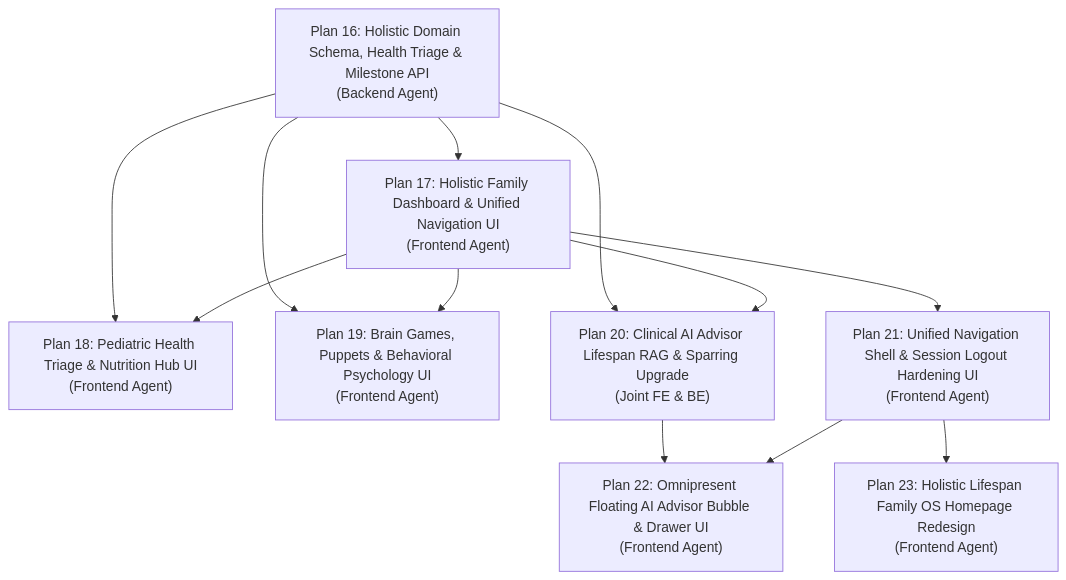
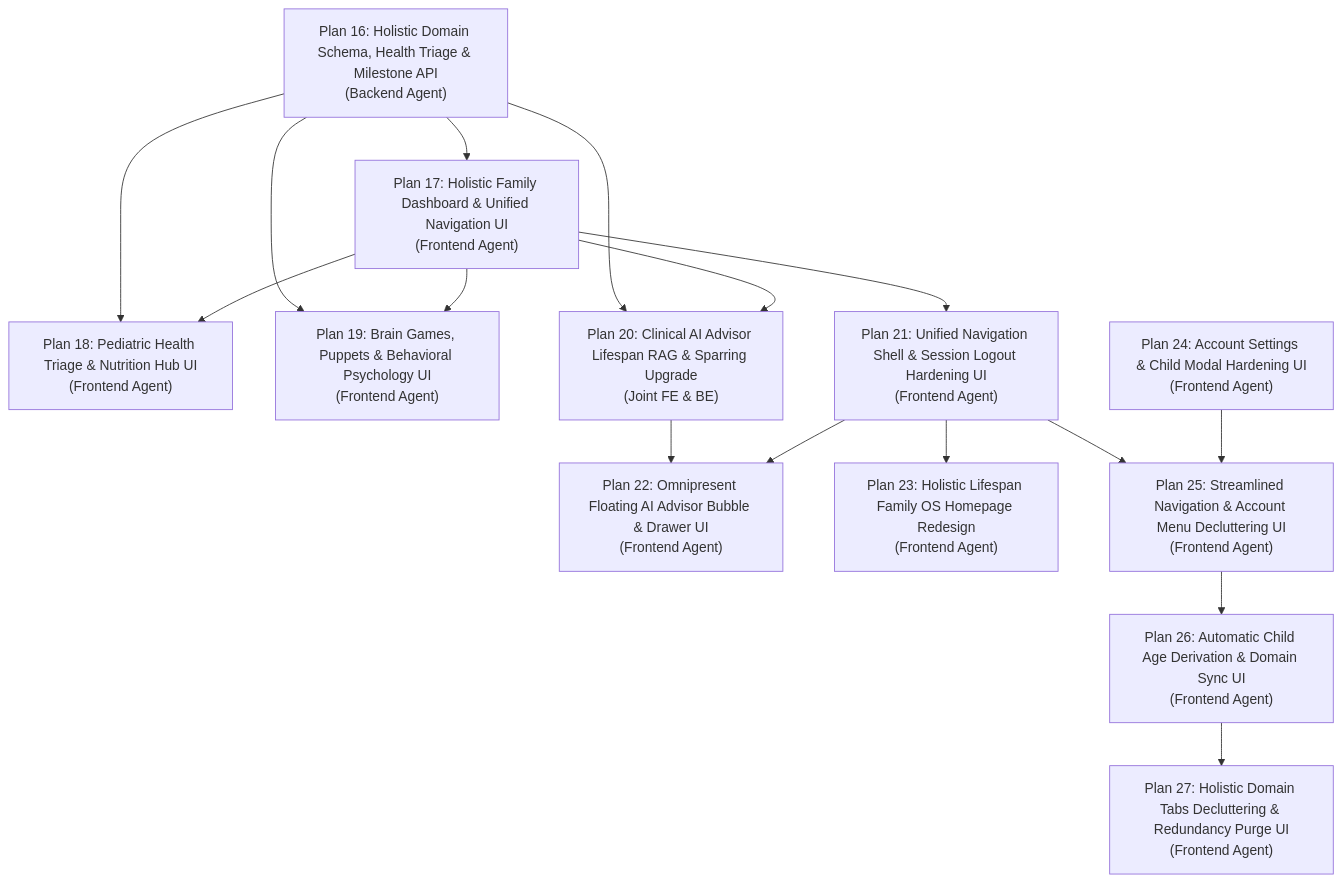
The second of 2 diagrams in docs/technical-roadmap-v2.4.0.md (Souheil007/AlongSide), drawn with Mermaid before and after one commit. The commit also changed other lines of this file and 5 other files, not shown here.

First line of the commit message:
Docs/sou 57 streamlined navigation and tab decluttering plans (#37)

````diff
--- a/docs/technical-roadmap-v2.4.0.md
+++ b/docs/technical-roadmap-v2.4.0.md
@@ -199,23 +199,31 @@
 ```mermaid
 graph TD
     P16["Plan 16: Holistic Domain Schema, Health Triage & Milestone API<br/>(Backend Agent)"]
     P17["Plan 17: Holistic Family Dashboard & Unified Navigation UI<br/>(Frontend Agent)"]
     P18["Plan 18: Pediatric Health Triage & Nutrition Hub UI<br/>(Frontend Agent)"]
     P19["Plan 19: Brain Games, Puppets & Behavioral Psychology UI<br/>(Frontend Agent)"]
     P20["Plan 20: Clinical AI Advisor Lifespan RAG & Sparring Upgrade<br/>(Joint FE & BE)"]
     P21["Plan 21: Unified Navigation Shell & Session Logout Hardening UI<br/>(Frontend Agent)"]
     P22["Plan 22: Omnipresent Floating AI Advisor Bubble & Drawer UI<br/>(Frontend Agent)"]
     P23["Plan 23: Holistic Lifespan Family OS Homepage Redesign<br/>(Frontend Agent)"]
+    P24["Plan 24: Account Settings & Child Modal Hardening UI<br/>(Frontend Agent)"]
+    P25["Plan 25: Streamlined Navigation & Account Menu Decluttering UI<br/>(Frontend Agent)"]
+    P26["Plan 26: Automatic Child Age Derivation & Domain Sync UI<br/>(Frontend Agent)"]
+    P27["Plan 27: Holistic Domain Tabs Decluttering & Redundancy Purge UI<br/>(Frontend Agent)"]
 
     P16 --> P17
     P16 --> P18
     P16 --> P19
     P16 --> P20
     P17 --> P18
     P17 --> P19
     P17 --> P20
     P17 --> P21
     P20 --> P22
     P21 --> P22
     P21 --> P23
+    P21 --> P25
+    P24 --> P25
+    P25 --> P26
+    P26 --> P27
 ```
````
